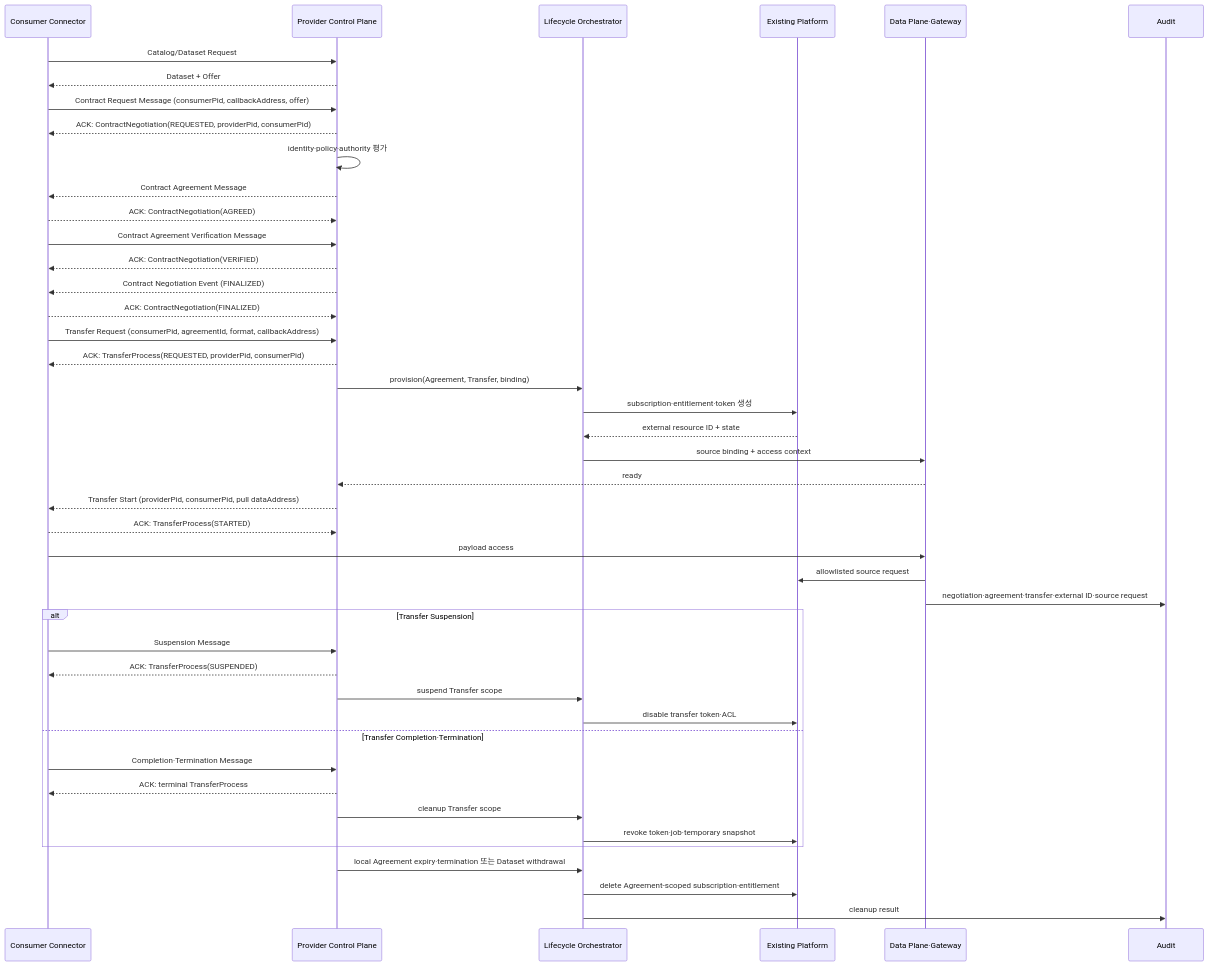
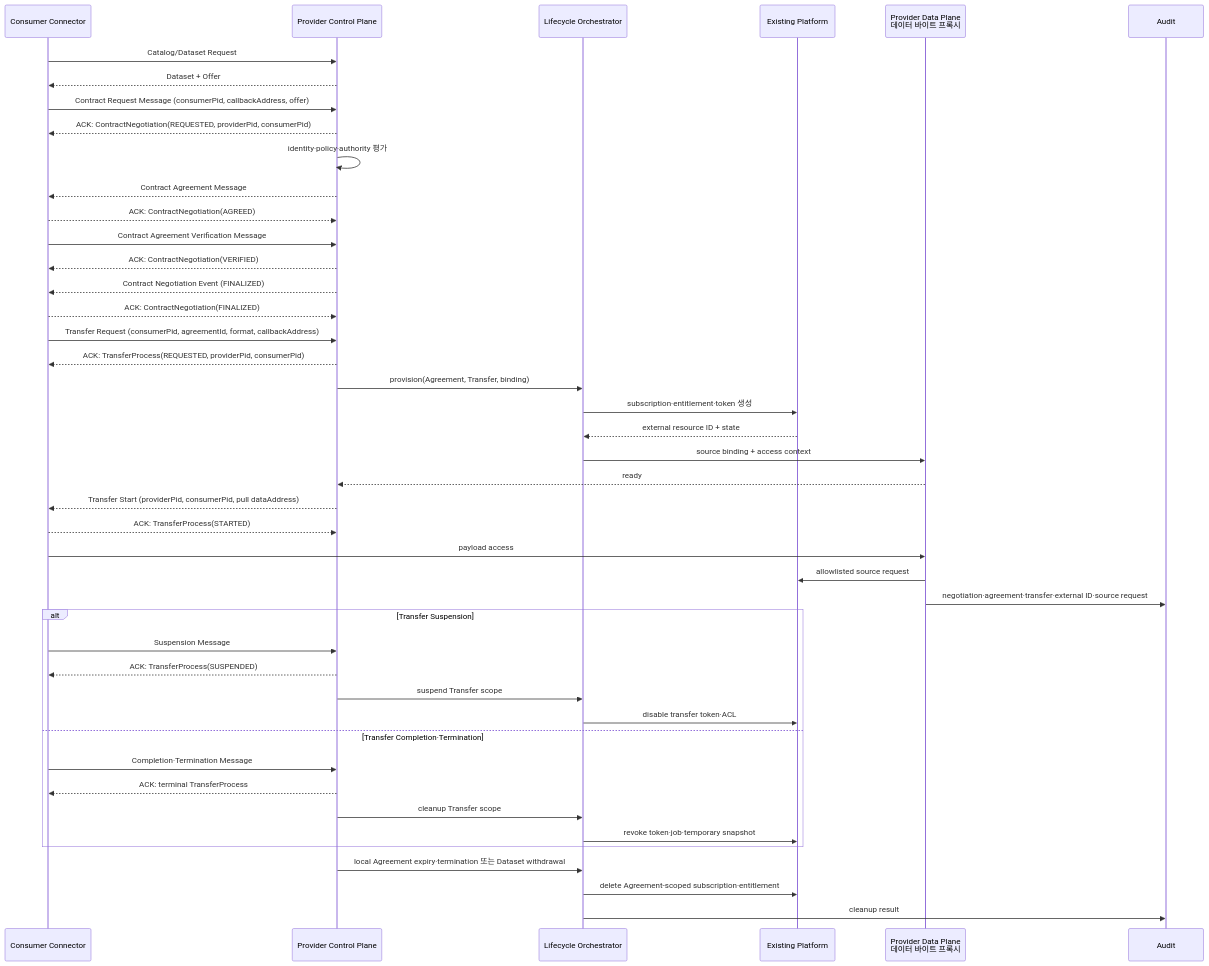
The third of 3 diagrams in molit-dataspace/docs/02-architecture/target-architecture.md (OWSqix/Implement-Data-Space-Protocol), drawn with Mermaid before and after one commit. The commit also changed other lines of this file and 14 other files, not shown here.

````diff
--- a/molit-dataspace/docs/02-architecture/target-architecture.md
+++ b/molit-dataspace/docs/02-architecture/target-architecture.md
@@ -201,47 +201,47 @@
 ```mermaid
 sequenceDiagram
     participant C as Consumer Connector
     participant P as Provider Control Plane
     participant O as Lifecycle Orchestrator
     participant X as Existing Platform
-    participant D as Data Plane·Gateway
+    participant D as Provider Data Plane<br/>데이터 바이트 프록시
     participant A as Audit
 
     C->>P: Catalog/Dataset Request
     P-->>C: Dataset + Offer
     C->>P: Contract Request Message (consumerPid, callbackAddress, offer)
     P-->>C: ACK: ContractNegotiation(REQUESTED, providerPid, consumerPid)
     P->>P: identity·policy·authority 평가
     P-->>C: Contract Agreement Message
     C-->>P: ACK: ContractNegotiation(AGREED)
     C->>P: Contract Agreement Verification Message
     P-->>C: ACK: ContractNegotiation(VERIFIED)
     P-->>C: Contract Negotiation Event (FINALIZED)
     C-->>P: ACK: ContractNegotiation(FINALIZED)
     C->>P: Transfer Request (consumerPid, agreementId, format, callbackAddress)
     P-->>C: ACK: TransferProcess(REQUESTED, providerPid, consumerPid)
     P->>O: provision(Agreement, Transfer, binding)
     O->>X: subscription·entitlement·token 생성
     X-->>O: external resource ID + state
     O->>D: source binding + access context
     D-->>P: ready
     P-->>C: Transfer Start (providerPid, consumerPid, pull dataAddress)
     C-->>P: ACK: TransferProcess(STARTED)
     C->>D: payload access
     D->>X: allowlisted source request
     D->>A: negotiation·agreement·transfer·external ID·source request
     alt Transfer Suspension
         C->>P: Suspension Message
         P-->>C: ACK: TransferProcess(SUSPENDED)
         P->>O: suspend Transfer scope
         O->>X: disable transfer token·ACL
     else Transfer Completion·Termination
         C->>P: Completion·Termination Message
         P-->>C: ACK: terminal TransferProcess
         P->>O: cleanup Transfer scope
         O->>X: revoke token·job·temporary snapshot
     end
     P->>O: local Agreement expiry·termination 또는 Dataset withdrawal
     O->>X: delete Agreement-scoped subscription·entitlement
     O->>A: cleanup result
 ```
````
